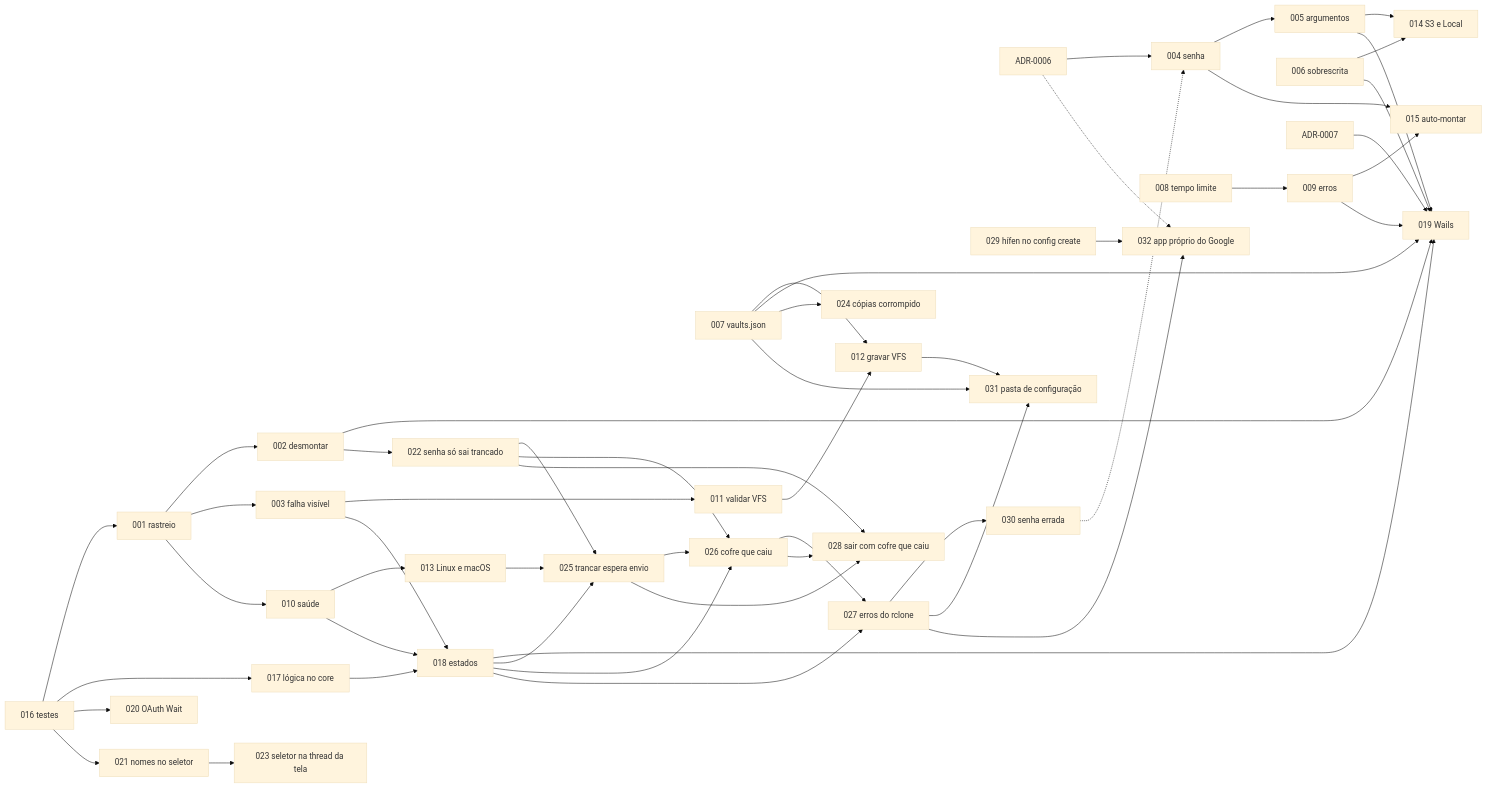
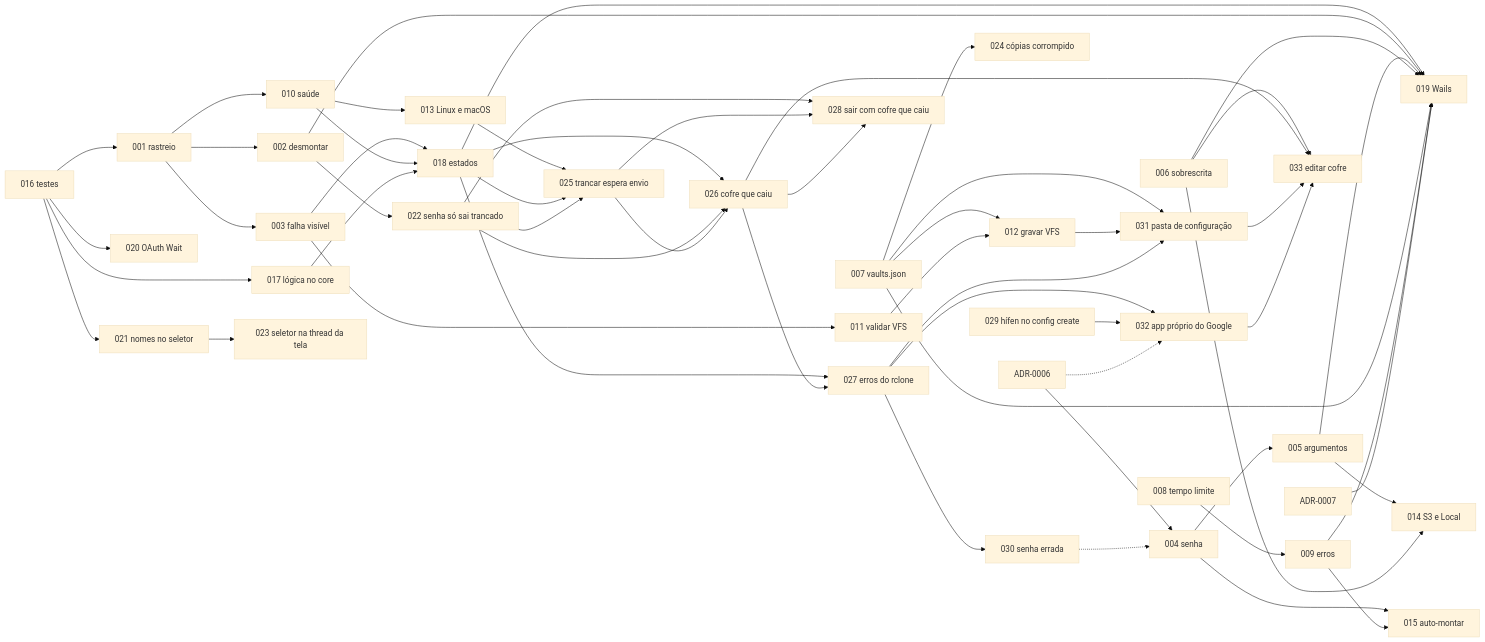
Before and after one commit to douglassouza-dev/runtime-crypt-go: the diagram in docs/demanda/index.md, drawn with Mermaid (base theme). The commit also changed other lines of this file and 1 other file, not shown here.

Commit message:
docs: demanda 033 — editar cofre (nome, app do Google, reconectar, remover)

````diff
--- a/docs/demanda/index.md
+++ b/docs/demanda/index.md
@@ -46,56 +47,60 @@
 ```mermaid
 flowchart LR
     d016["016 testes"] --> d001["001 rastreio"]
     d001 --> d002["002 desmontar"]
     d001 --> d003["003 falha visível"]
     d001 --> d010["010 saúde"]
     adr6["ADR-0006"] --> d004["004 senha"]
     d004 --> d005["005 argumentos"]
     d006["006 sobrescrita"]
     d007["007 vaults.json"]
     d008["008 tempo limite"] --> d009["009 erros"]
     d003 --> d011["011 validar VFS"]
     d007 --> d012["012 gravar VFS"]
     d011 --> d012
     d010 --> d013["013 Linux e macOS"]
     d005 --> d014["014 S3 e Local"]
     d006 --> d014
     d004 --> d015["015 auto-montar"]
     d009 --> d015
     d016 --> d017["017 lógica no core"]
     d016 --> d020["020 OAuth Wait"]
     d016 --> d021["021 nomes no seletor"]
     d003 --> d018["018 estados"]
     d010 --> d018
     d017 --> d018
     d018 --> d019["019 Wails"]
     d002 --> d019
     d005 --> d019
     d006 --> d019
     d007 --> d019
     d009 --> d019
     adr7["ADR-0007"] --> d019
     d002 --> d022["022 senha só sai trancado"]
     d021 --> d023["023 seletor na thread da tela"]
     d007 --> d024["024 cópias corrompido"]
     d013 --> d025["025 trancar espera envio"]
     d018 --> d025
     d022 --> d025
     d018 --> d026["026 cofre que caiu"]
     d022 --> d026
     d025 --> d026
     d018 --> d027["027 erros do rclone"]
     d026 --> d027
     d022 --> d028["028 sair com cofre que caiu"]
     d025 --> d028
     d026 --> d028
     d029["029 hífen no config create"]
     d027 --> d030["030 senha errada"]
     d030 -.-> d004
     d007 --> d031["031 pasta de configuração"]
     d012 --> d031
     d027 --> d031
     d027 --> d032["032 app próprio do Google"]
     d029 --> d032
     adr6 -.-> d032
+    d006 --> d033["033 editar cofre"]
+    d026 --> d033
+    d031 --> d033
+    d032 --> d033
 ```
````
